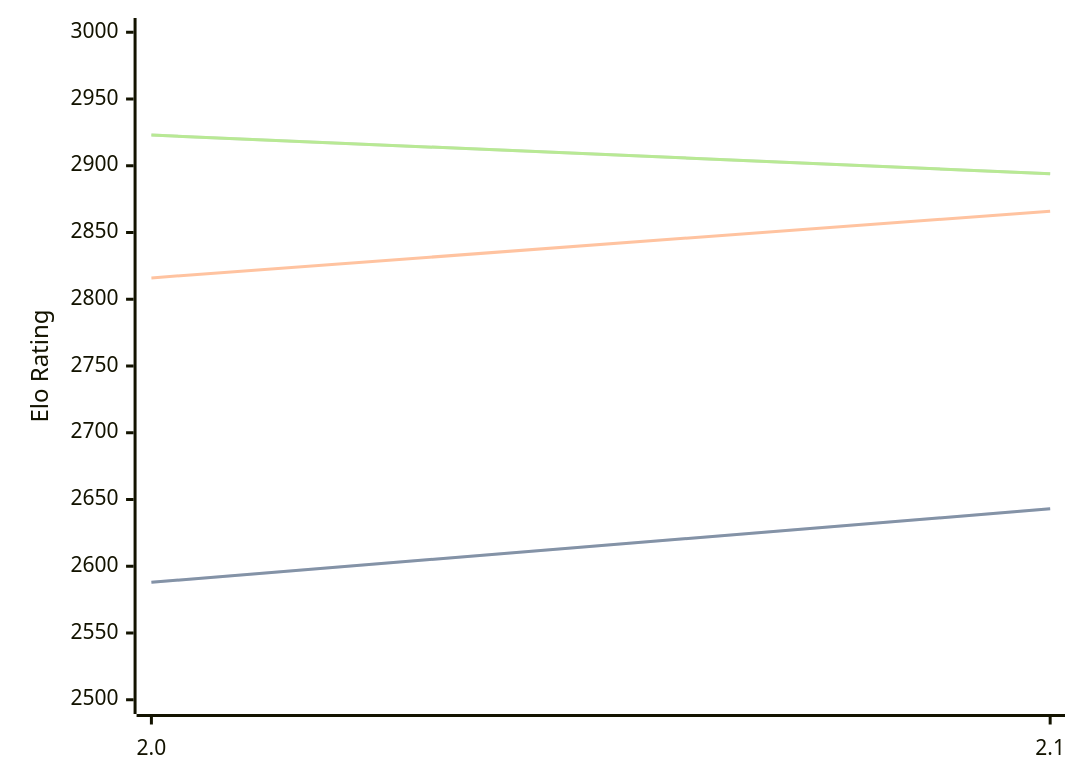
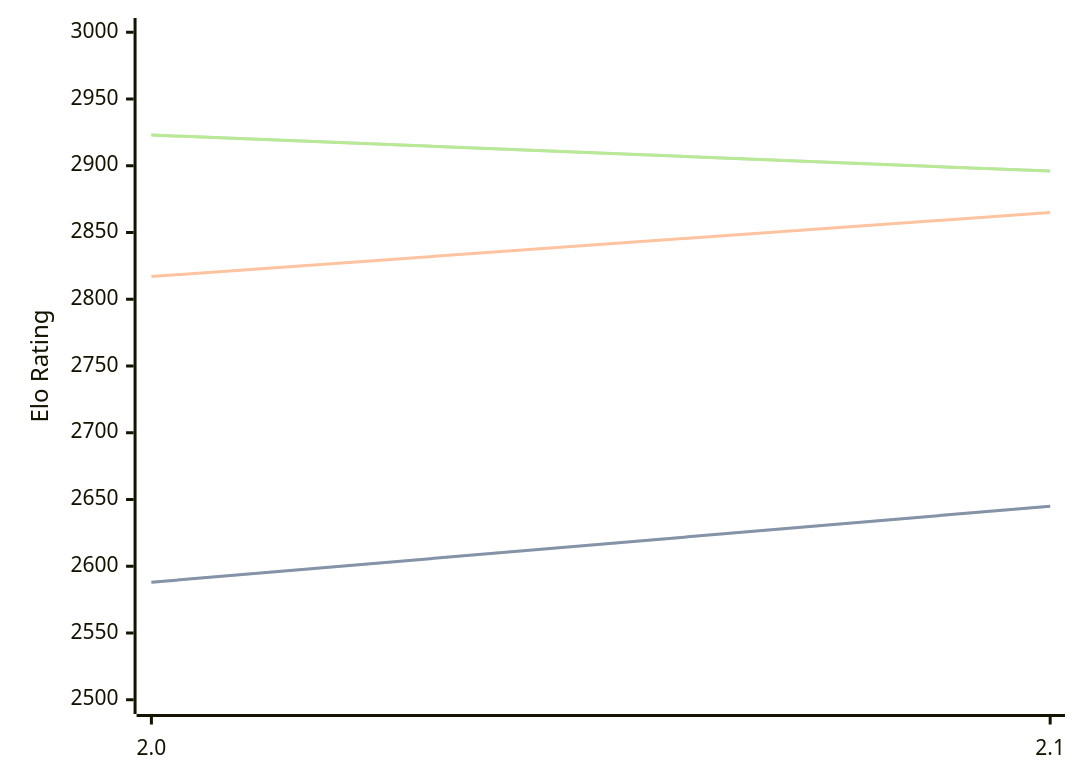
The diagram in engines/Noggin.md (computer-chess-index/cci), drawn with Mermaid before and after one commit. The commit also changed other lines of this file, not shown here.

Commit message:
Update CCI Ratings (ELO VLTC) - 2026-07-20

````diff
--- a/engines/Noggin.md
+++ b/engines/Noggin.md
@@ -33,11 +33,11 @@
 ```mermaid
 %%{init: {"theme":"base","themeVariables":{"seriesColors:['#a3a3a3','#222221','#faa371']}}}%%
 xychart-beta
   x-axis ["2.0", "2.1"]
   y-axis "Elo Rating" 2500 --> 3000
-  line "STC (8.0+0.08s)" [2588, 2643]
-  line "STC (8.0+0.08s)" [2588, 2643]
-  line "LTC (60.0+0.60s)" [2816, 2866]
-  line "VLTC (2m24s+1.12s)" [2923, 2894]
-  line "VLTC (2m24s+1.12s)" [2923, 2894]
+  line "STC (8.0+0.08s)" [2588, 2645]
+  line "STC (8.0+0.08s)" [2588, 2645]
+  line "LTC (60.0+0.60s)" [2817, 2865]
+  line "VLTC (2m24s+1.12s)" [2923, 2896]
+  line "VLTC (2m24s+1.12s)" [2923, 2896]
 ```
````
